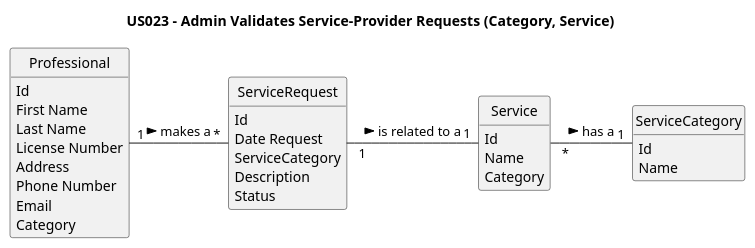
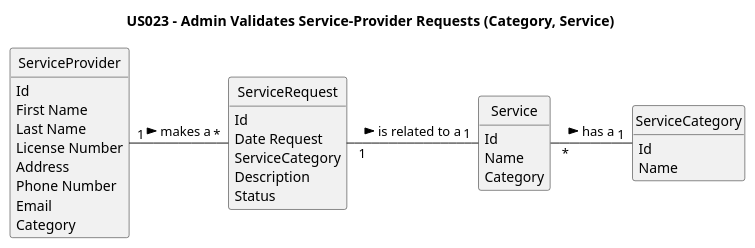
Before and after one commit to Chirano/GladlyGiven: the diagram in javaSprint2GladlyGiven/Docs/UseCases/uc023/analysis/us023-DM.puml, drawn with PlantUML. The commit also changed 4 other files, not shown here.

```diff
--- a/javaSprint2GladlyGiven/Docs/UseCases/uc023/analysis/us023-DM.puml
+++ b/javaSprint2GladlyGiven/Docs/UseCases/uc023/analysis/us023-DM.puml
@@ -1,49 +1,49 @@
 @startuml
 skinparam monochrome true
 skinparam packageStyle rectangle
 skinparam shadowing false
 
 skinparam classAttributeIconSize 0
 
 hide circle
 hide methods
 
 title US023 - Admin Validates Service-Provider Requests (Category, Service)
 
 class ServiceRequest {
     Id
     Date Request
     ServiceCategory
     Description
     Status
 }
 
 class Service {
     Id
     Name
     Category
 }
 
 class ServiceCategory {
     Id
     Name
 }
 
 
-class Professional {
+class ServiceProvider {
     Id
     First Name
     Last Name
     License Number
     Address
     Phone Number
     Email
     Category
 }
 
 
-Professional "1   " - "   *" ServiceRequest : makes a >
+ServiceProvider "1   " - "   *" ServiceRequest : makes a >
 ServiceRequest " 1   " - "   1" Service : is related to a >
 Service " *   " - "   1" ServiceCategory : has a >
 
 @enduml
```
